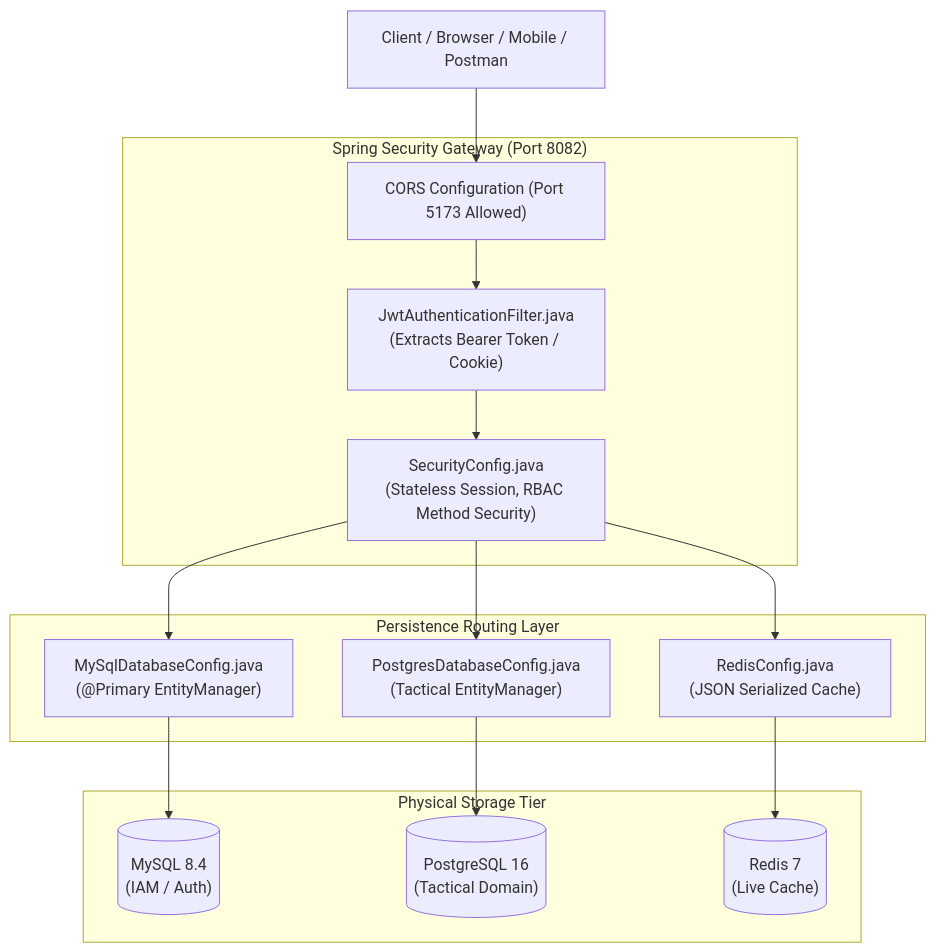
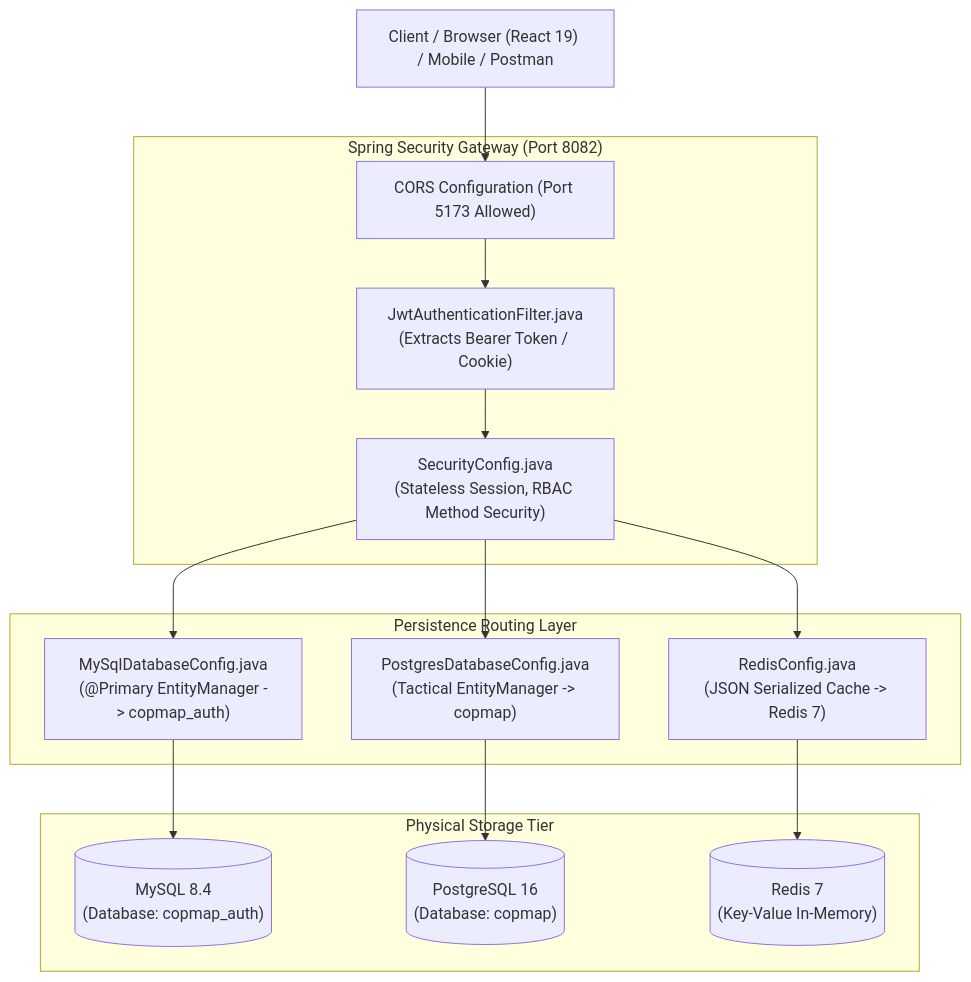
One commit to Anantctrl/CMP changed the first of 7 diagrams in README.md. Above: the diagram before and after it, drawn with Mermaid. The commit also changed other lines of this file, not shown here.

Commit message:
docs(readme): audit and align all architectural claims, endpoints, and setup instructions with actual codebase

````diff
--- a/README.md
+++ b/README.md
@@ -84,27 +87,27 @@
 ```mermaid
 flowchart TB
-    Client["Client / Browser / Mobile / Postman"]
+    Client["Client / Browser (React 19) / Mobile / Postman"]
     
     subgraph SecurityGateway["Spring Security Gateway (Port 8082)"]
         Cors["CORS Configuration (Port 5173 Allowed)"]
         JwtFilter["JwtAuthenticationFilter.java<br/>(Extracts Bearer Token / Cookie)"]
         SecurityConfig["SecurityConfig.java<br/>(Stateless Session, RBAC Method Security)"]
     end
     
     subgraph Routing["Persistence Routing Layer"]
-        MySQLRouter["MySqlDatabaseConfig.java<br/>(@Primary EntityManager)"]
-        PostgresRouter["PostgresDatabaseConfig.java<br/>(Tactical EntityManager)"]
-        RedisRouter["RedisConfig.java<br/>(JSON Serialized Cache)"]
+        MySQLRouter["MySqlDatabaseConfig.java<br/>(@Primary EntityManager -> copmap_auth)"]
+        PostgresRouter["PostgresDatabaseConfig.java<br/>(Tactical EntityManager -> copmap)"]
+        RedisRouter["RedisConfig.java<br/>(JSON Serialized Cache -> Redis 7)"]
     end
 
     subgraph Storage["Physical Storage Tier"]
-        MySQL[("MySQL 8.4<br/>(IAM / Auth)")]
-        PostgreSQL[("PostgreSQL 16<br/>(Tactical Domain)")]
-        Redis[("Redis 7<br/>(Live Cache)")]
+        MySQL[("MySQL 8.4<br/>(Database: copmap_auth)")]
+        PostgreSQL[("PostgreSQL 16<br/>(Database: copmap)")]
+        Redis[("Redis 7<br/>(Key-Value In-Memory)")]
     end
 
     Client --> Cors --> JwtFilter --> SecurityConfig
     SecurityConfig --> MySQLRouter --> MySQL
     SecurityConfig --> PostgresRouter --> PostgreSQL
     SecurityConfig --> RedisRouter --> Redis
 ```
````
